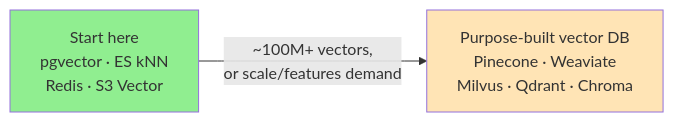
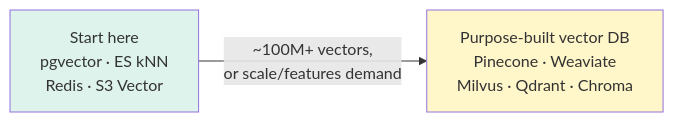
The first of 2 diagrams in LLD/SystemDesign/DeepDives/VectorDatabases.md (cartmancodes/InterviewVault), drawn with Mermaid before and after one commit. The commit also changed other lines of this file and 679 other files, not shown here.

Commit message:
Unify content diagrams and add accessible visual walkthroughs

````diff
--- a/LLD/SystemDesign/DeepDives/VectorDatabases.md
+++ b/LLD/SystemDesign/DeepDives/VectorDatabases.md
@@ -263,7 +263,7 @@
 ```mermaid
 graph LR
     A["Start here<br/>pgvector · ES kNN<br/>Redis · S3 Vector"] -->|"~100M+ vectors,<br/>or scale/features demand"| B["Purpose-built vector DB<br/>Pinecone · Weaviate<br/>Milvus · Qdrant · Chroma"]
 
-    style A fill:#90EE90
-    style B fill:#FFE4B5
+    style A fill:#DDF3EC
+    style B fill:#FFF6C9
 ```
````
